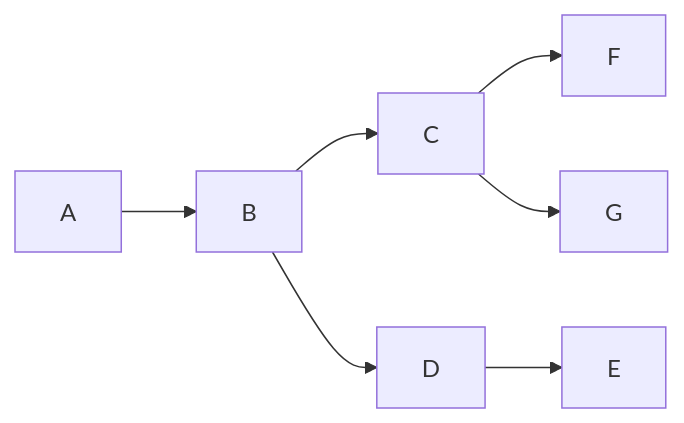
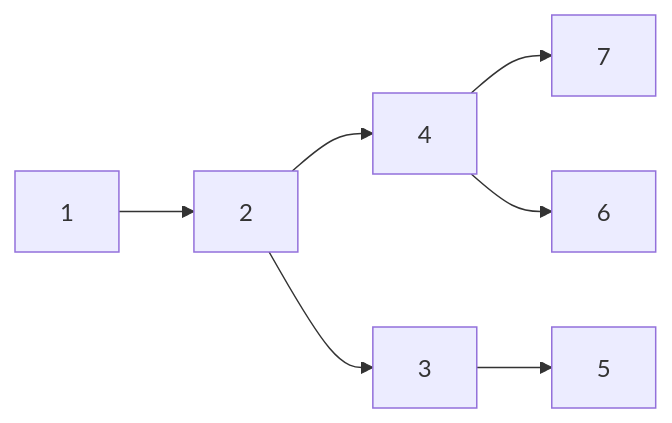
The second of 2 diagrams in Notes/linear & non-linear ds.md (waseemofficial/DSA_Python), drawn with Mermaid before and after one commit. The commit also changed other lines of this file, not shown here.

Commit message:
$try excelidraw3

````diff
--- a/Notes/linear & non-linear ds.md
+++ b/Notes/linear & non-linear ds.md
@@ -29,11 +33,18 @@
 ```mermaid
 
 graph LR
+    A[1]
+    B[2]
+    D[3]
+    C[4]
+    E[5]
+    G[6]
+    F[7]
     A-->B;
     B-->C;
     C-->F;
     C-->G;
     B-->D;
     D-->E;
 
 ```
````
